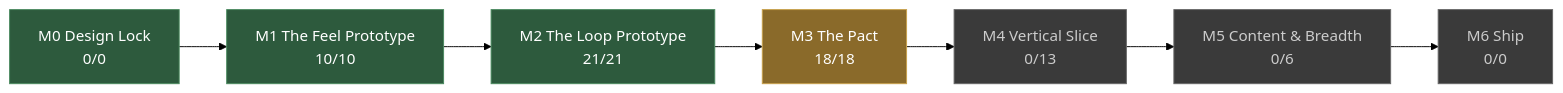
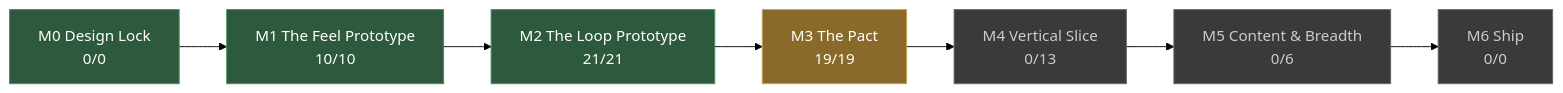
The diagram in docs/STATUS.md (JoshuaGessner/she), drawn with Mermaid (forest theme) before and after one commit. The commit also changed other lines of this file and 12 other files, not shown here.

````diff
--- a/docs/STATUS.md
+++ b/docs/STATUS.md
@@ -13,19 +13,19 @@
 ```mermaid
 flowchart LR
   M0["M0 Design Lock<br/>0/0"]:::passed
   M1["M1 The Feel Prototype<br/>10/10"]:::passed
   M0 --> M1
   M2["M2 The Loop Prototype<br/>21/21"]:::passed
   M1 --> M2
-  M3["M3 The Pact<br/>18/18"]:::current
+  M3["M3 The Pact<br/>19/19"]:::current
   M2 --> M3
   M4["M4 Vertical Slice<br/>0/13"]:::ahead
   M3 --> M4
   M5["M5 Content & Breadth<br/>0/6"]:::ahead
   M4 --> M5
   M6["M6 Ship<br/>0/0"]:::ahead
   M5 --> M6
   classDef passed fill:#2d5a3d,stroke:#4a8a5f,color:#fff
   classDef current fill:#8a6a2a,stroke:#c8a04a,color:#fff
   classDef ahead fill:#3a3a3a,stroke:#666,color:#ccc
 ```
````
